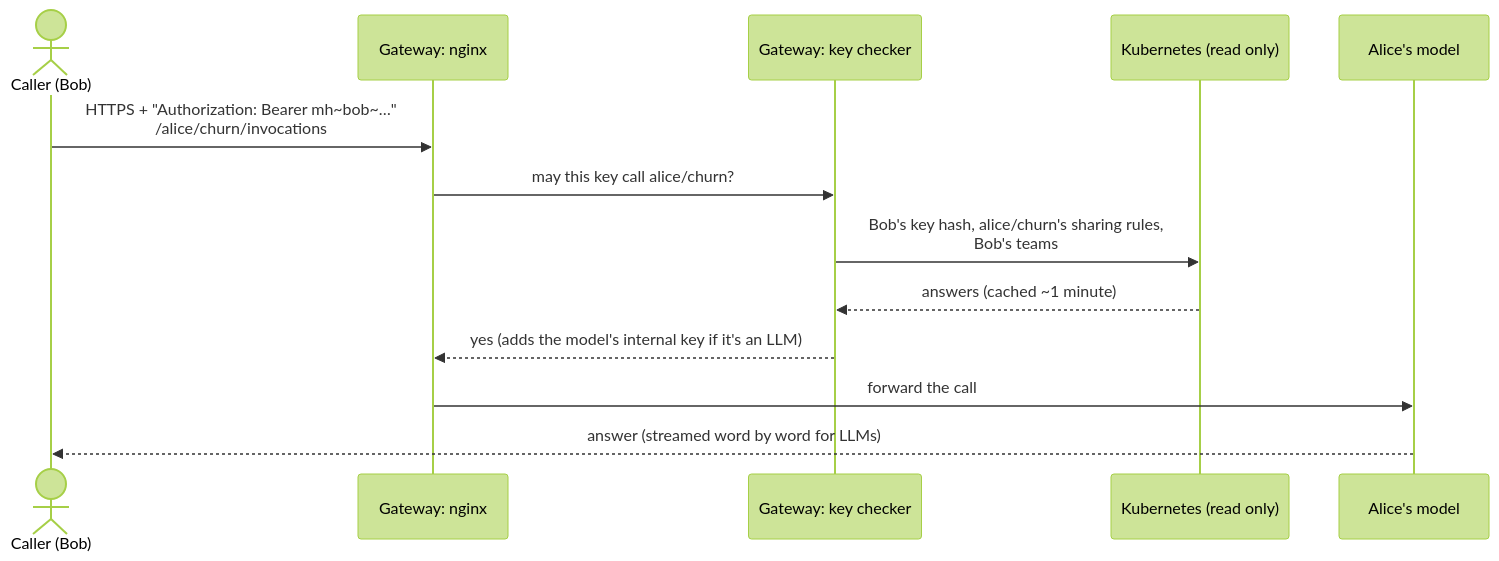
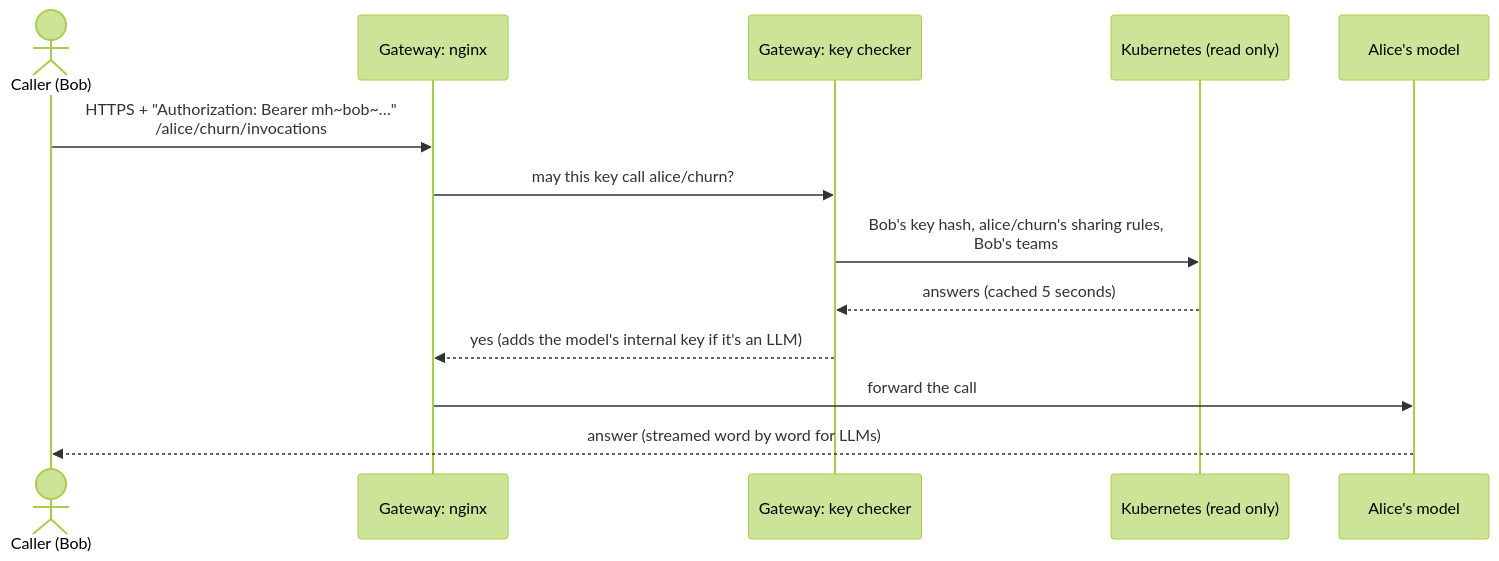
The diagram in docs/how-it-works/10-gateway-and-api-keys.md (Ankush610/AI-Factory-Docs), drawn with Mermaid (forest theme) before and after one commit. The commit also changed other lines of this file and 51 other files, not shown here.

````diff
--- a/docs/how-it-works/10-gateway-and-api-keys.md
+++ b/docs/how-it-works/10-gateway-and-api-keys.md
@@ -23,16 +23,16 @@
 ```mermaid
 sequenceDiagram
     actor C as Caller (Bob)
     participant NG as Gateway: nginx
     participant AU as Gateway: key checker
     participant K as Kubernetes (read only)
     participant M as Alice's model
 
     C->>NG: HTTPS + "Authorization: Bearer mh~bob~…"<br/>/alice/churn/invocations
     NG->>AU: may this key call alice/churn?
     AU->>K: Bob's key hash, alice/churn's sharing rules,<br/>Bob's teams
-    K-->>AU: answers (cached ~1 minute)
+    K-->>AU: answers (cached 5 seconds)
     AU-->>NG: yes (adds the model's internal key if it's an LLM)
     NG->>M: forward the call
     M-->>C: answer (streamed word by word for LLMs)
 ```
````
